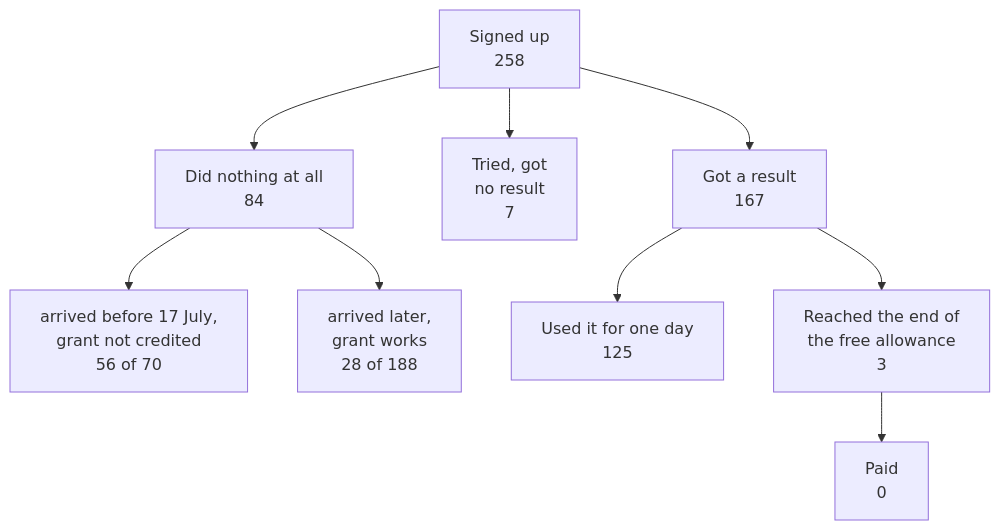
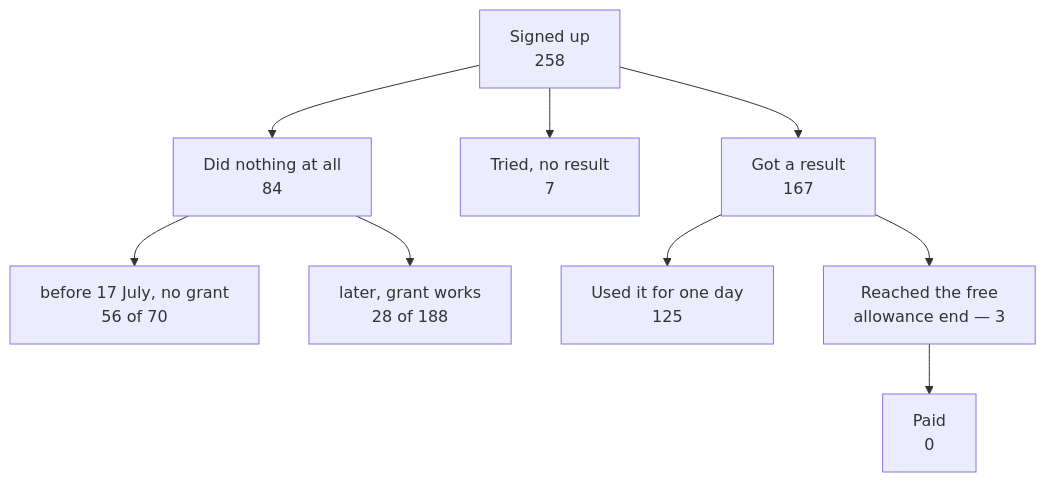
One commit to Smolevich/pet-project-atlas changed the diagram in src/content/docs/demand/pick-a-niche.mdx. Above: the diagram before and after it, drawn with Mermaid. The commit also changed 18 other files, not shown here.

First line of the commit message:
site: decisions as diagrams, one chart, and evals waiting for access

````diff
--- a/src/content/docs/demand/pick-a-niche.mdx
+++ b/src/content/docs/demand/pick-a-niche.mdx
@@ -124,12 +124,12 @@
 ```mermaid
 flowchart TD
   A["Signed up<br/>258"]
   A --> B["Did nothing at all<br/>84"]
-  A --> C["Tried, got<br/>no result<br/>7"]
+  A --> C["Tried, no result<br/>7"]
   A --> D["Got a result<br/>167"]
-  B --> B1["arrived before 17 July,<br/>grant not credited<br/>56 of 70"]
-  B --> B2["arrived later,<br/>grant works<br/>28 of 188"]
+  B --> B1["before 17 July, no grant<br/>56 of 70"]
+  B --> B2["later, grant works<br/>28 of 188"]
   D --> E["Used it for one day<br/>125"]
-  D --> F["Reached the end of<br/>the free allowance<br/>3"]
+  D --> F["Reached the free<br/>allowance end — 3"]
   F --> G["Paid<br/>0"]
 ```
````
